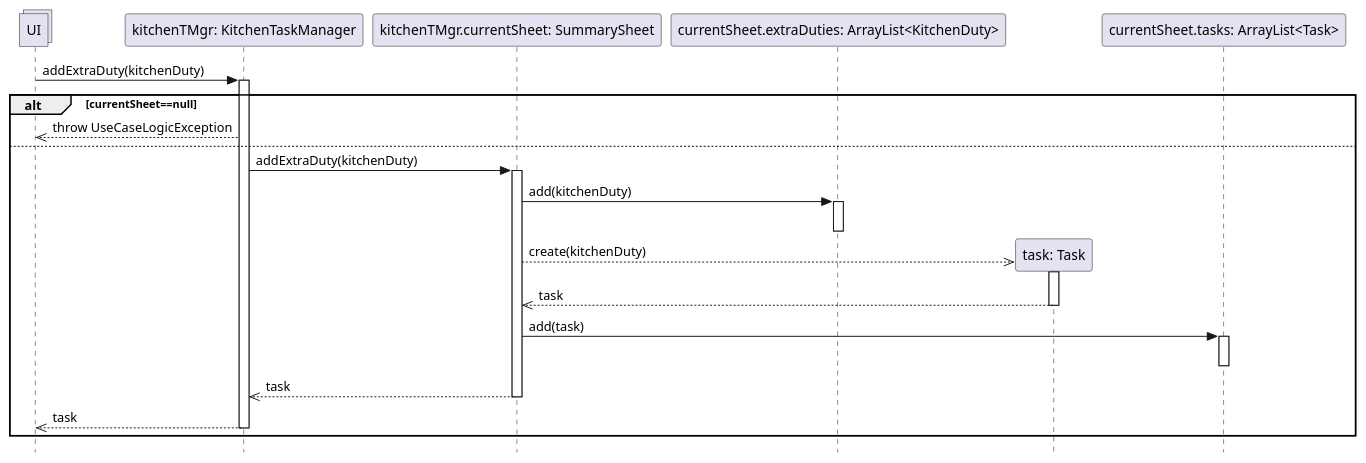
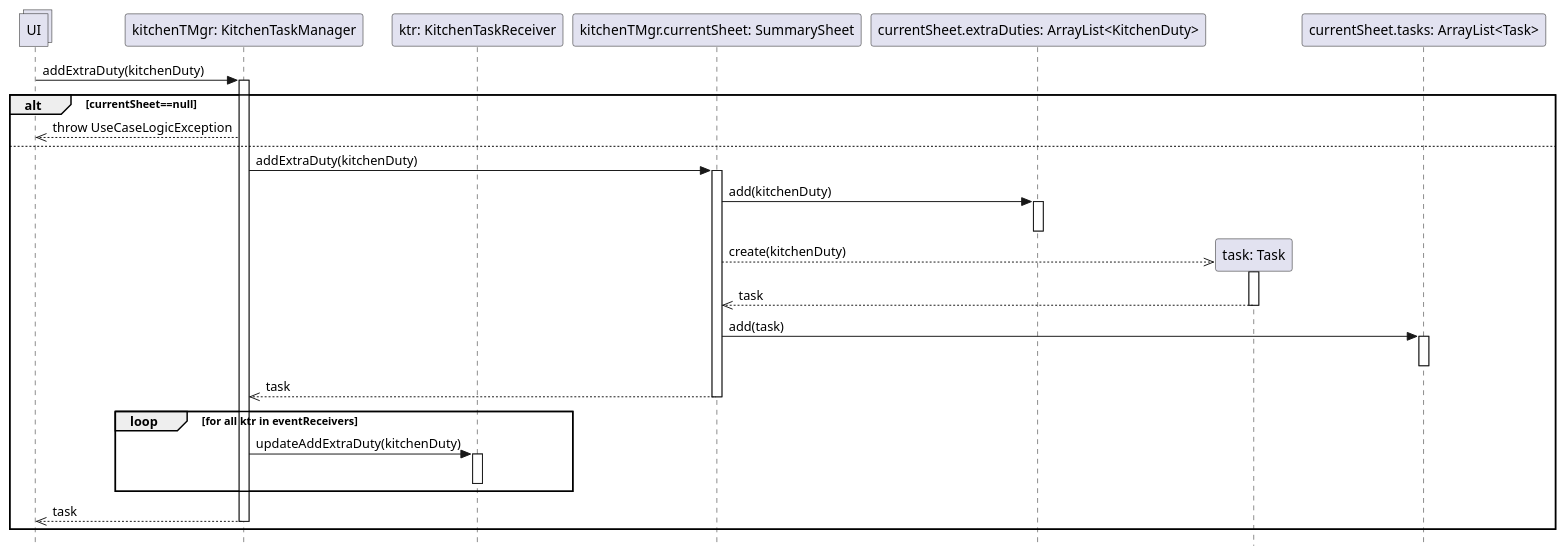
Before and after one commit to stefa168/sas-project: the diagram in DSD Operazione 2.puml, drawn with PlantUML. The commit also changed 5 other files, not shown here.

```diff
--- a/DSD Operazione 2.puml
+++ b/DSD Operazione 2.puml
@@ -1,42 +1,50 @@
 @startuml Operazione 2
 skinparam Style strictuml
 
 collections UI
 
 participant "kitchenTMgr: KitchenTaskManager" as ktm
 UI -> ktm: addExtraDuty(kitchenDuty)
+participant "ktr: KitchenTaskReceiver" as ktr
+
 activate ktm
 
 alt currentSheet==null
     UI <<-- ktm: throw UseCaseLogicException
 else
     participant "kitchenTMgr.currentSheet: SummarySheet" as ss
     ktm -> ss: addExtraDuty(kitchenDuty)
     activate ss
 
     participant "currentSheet.extraDuties: ArrayList<KitchenDuty>" as kdList
     ss -> kdList: add(kitchenDuty)
     activate kdList
     deactivate kdList
 
     participant "task: Task" as t
     ss -->> t**: create(kitchenDuty)
     activate t
     ss <<-- t:task
     deactivate t
     
     participant "currentSheet.tasks: ArrayList<Task>" as tasks
     ss -> tasks: add(task)
     activate tasks
     deactivate tasks
 
     ktm <<-- ss: task
     deactivate ss
 
+    loop for all ktr in eventReceivers
+        ktm -> ktr : updateAddExtraDuty(kitchenDuty)
+        activate ktr
+        deactivate ktr
+    end
+
     UI <<-- ktm : task
     deactivate ktm
 
     
 end
 
 @enduml
```
